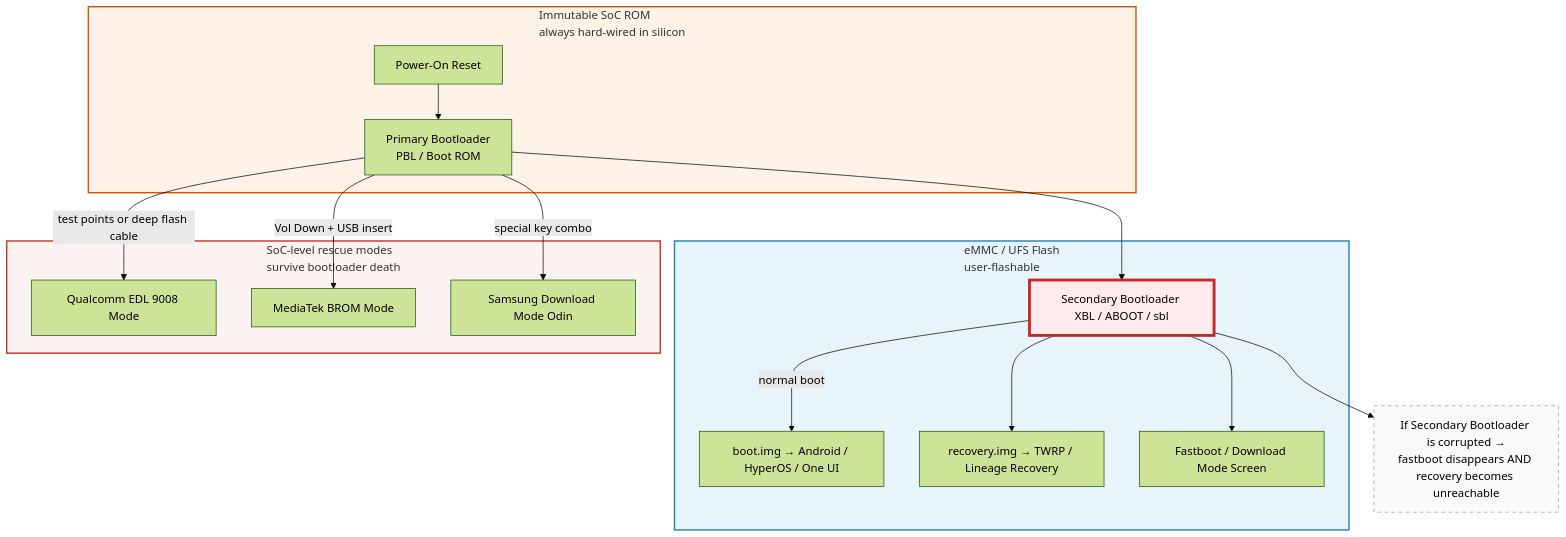
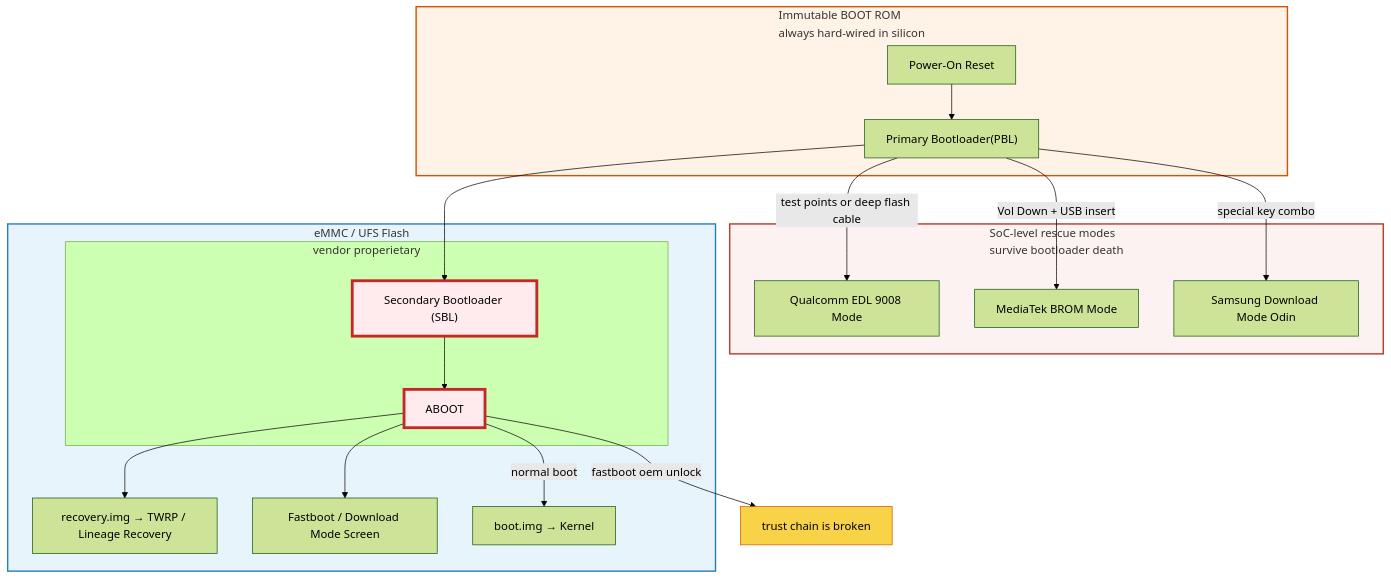
One commit to nichtsen/bootchain changed the diagram in README.md. Above: the diagram before and after it, drawn with Mermaid (forest theme).

````diff
--- a/README.md
+++ b/README.md
@@ -2,37 +2,44 @@
 ```mermaid
 ---
 config:
   flowchart:
     subGraphTitleMargin:
       bottom: 30
 ---
 flowchart TD
-    subgraph Silicon [Immutable SoC ROM <br> always hard-wired in silicon
+    subgraph Silicon [Immutable BOOT ROM <br> always hard-wired in silicon
 
 ]
-        A[Power-On Reset] --> B[Primary Bootloader<br>PBL / Boot ROM]
+        A[Power-On Reset] --> B["Primary Bootloader(PBL)"]
     end
 
-    subgraph Flash ["eMMC / UFS Flash <br> user-flashable"]
-        B --> C[Secondary Bootloader XBL / ABOOT / sbl]
-        C -->|normal boot| D[boot.img → Android / HyperOS / One UI]
-        C --> E[recovery.img → TWRP / Lineage Recovery]
-        C --> F[Fastboot / Download Mode Screen]
+    subgraph Flash ["eMMC / UFS Flash"]
+        Par
+        E[recovery.img → TWRP / Lineage Recovery]
+        F[Fastboot / Download Mode Screen]
+        D[boot.img → Kernel]
     end
 
     subgraph Rescue ["SoC-level rescue modes <br> survive bootloader death"]
         B -->|test points or deep flash cable| G[Qualcomm EDL 9008 Mode]
         B -->|Vol Down + USB insert| H[MediaTek BROM Mode]
         B -->|special key combo| I[Samsung Download Mode Odin]
     end
 
+    subgraph Par["vendor properietary"]
+        B --> C["Secondary Bootloader (SBL)"]
+        C --> J["ABOOT"]
+        J -->|normal boot| D
+        J --> E
+        J --> F
+    end
+
     style Silicon fill:#fff2e6,stroke:#d35400,stroke-width:2px
     style Flash fill:#e8f4fc,stroke:#2980b9,stroke-width:2px
     style Rescue fill:#fdf2f2,stroke:#c0392b,stroke-width:2px
     style C fill:#ffebee,stroke:#c62828,stroke-width:4px
-
-
-    classDef note fill:#f9f9f9,stroke:#999,stroke-dasharray: 5 5
-    note1["If Secondary Bootloader is corrupted →<br>fastboot disappears AND recovery becomes unreachable"]:::note
-    C --> note1
+    style J fill:#ffebee,stroke:#c62828,stroke-width:4px
+    classDef note fill:#f8d347,stroke:#d35400,stoke-width:5px
+    note1["trust chain is broken"]:::note
+    J -->|"fastboot oem unlock"| note1
 ```
````
